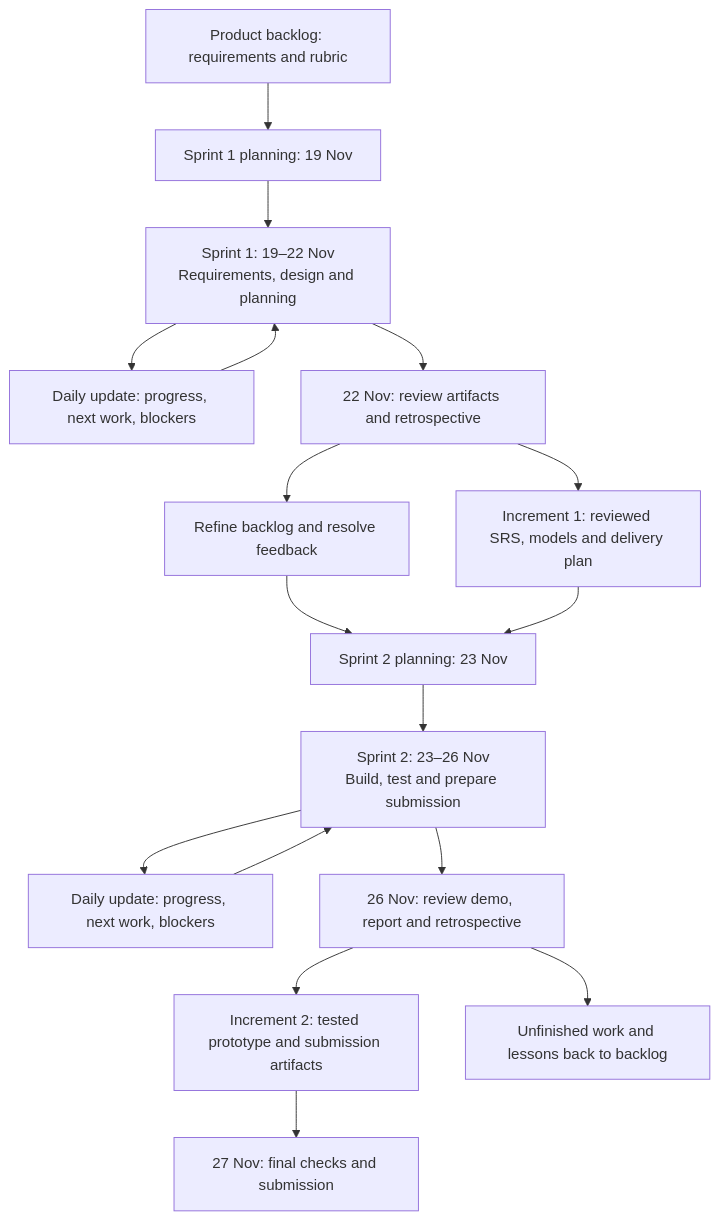
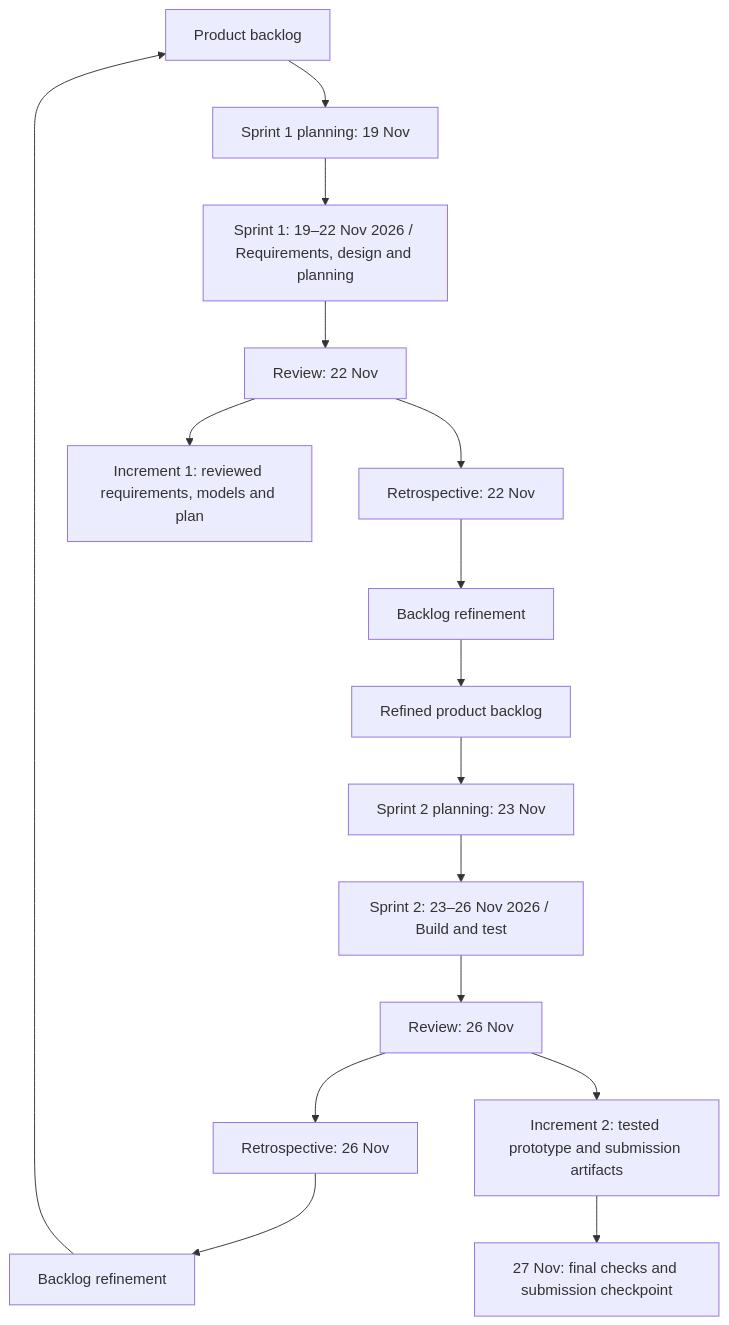
One commit to sahid-alam/attendance-academic-monitor changed the diagram in planning/PROCESS_MODEL.md. Above: the diagram before and after it, drawn with Mermaid. The commit also changed other lines of this file and 8 other files, not shown here.

````diff
--- a/planning/PROCESS_MODEL.md
+++ b/planning/PROCESS_MODEL.md
@@ -8,19 +12,18 @@
 ```mermaid
 flowchart TD
-    P[Product backlog: requirements and rubric] --> P1[Sprint 1 planning: 19 Nov]
-    P1 --> S1[Sprint 1: 19–22 Nov\nRequirements, design and planning]
-    S1 --> D1[Daily update: progress, next work, blockers]
-    D1 --> S1
-    S1 --> R1[22 Nov: review artifacts and retrospective]
-    R1 --> I1[Increment 1: reviewed SRS, models and delivery plan]
-    R1 --> B[Refine backlog and resolve feedback]
-    B --> P2[Sprint 2 planning: 23 Nov]
-    I1 --> P2
-    P2 --> S2[Sprint 2: 23–26 Nov\nBuild, test and prepare submission]
-    S2 --> D2[Daily update: progress, next work, blockers]
-    D2 --> S2
-    S2 --> R2[26 Nov: review demo, report and retrospective]
+    B[Product backlog] --> P1[Sprint 1 planning: 19 Nov]
+    P1 --> S1[Sprint 1: 19–22 Nov 2026 / Requirements, design and planning]
+    S1 --> R1[Review: 22 Nov]
+    R1 --> T1[Retrospective: 22 Nov]
+    T1 --> F1[Backlog refinement]
+    R1 --> I1[Increment 1: reviewed requirements, models and plan]
+    F1 --> B2[Refined product backlog]
+    B2 --> P2[Sprint 2 planning: 23 Nov]
+    P2 --> S2[Sprint 2: 23–26 Nov 2026 / Build and test]
+    S2 --> R2[Review: 26 Nov]
+    R2 --> T2[Retrospective: 26 Nov]
+    T2 --> F2[Backlog refinement]
+    F2 --> B
     R2 --> I2[Increment 2: tested prototype and submission artifacts]
-    R2 --> F[Unfinished work and lessons back to backlog]
-    I2 --> G[27 Nov: final checks and submission]
+    I2 --> G[27 Nov: final checks and submission checkpoint]
 ```
````
